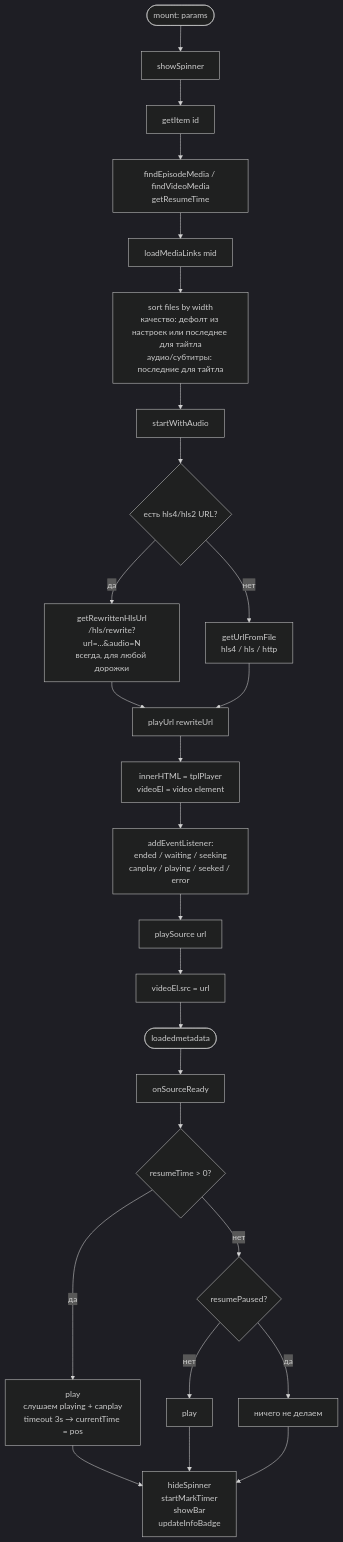
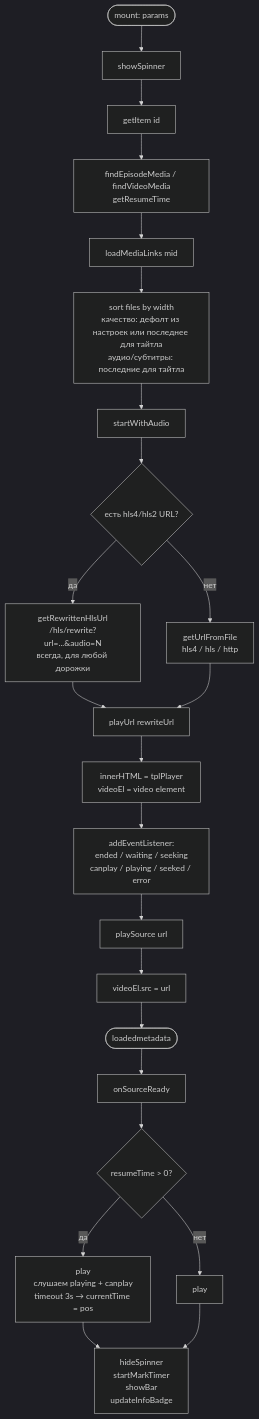
The first of 6 diagrams in doc/player-flow.md (stdray/yobapub), drawn with Mermaid (dark theme) before and after one commit.

Commit message:
docs: remove resumePaused branch from startup flow diagram

````diff
--- a/doc/player-flow.md
+++ b/doc/player-flow.md
@@ -5,34 +5,31 @@
 ```mermaid
 flowchart TD
     A([mount: params]) --> B[showSpinner]
     B --> C[getItem id]
     C --> D[findEpisodeMedia / findVideoMedia\ngetResumeTime]
     D --> E[loadMediaLinks mid]
     E --> F[sort files by width\nкачество: дефолт из настроек или последнее для тайтла\nаудио/субтитры: последние для тайтла]
     F --> G[startWithAudio]
 
     G --> H{есть hls4/hls2 URL?}
     H -- да --> I[getRewrittenHlsUrl\n/hls/rewrite?url=...&audio=N\nвсегда, для любой дорожки]
     H -- нет --> J[getUrlFromFile\nhls4 / hls / http]
     I --> K[playUrl rewriteUrl]
     J --> K
 
     K --> L[innerHTML = tplPlayer\nvideoEl = video element]
     L --> M[addEventListener:\nended / waiting / seeking\ncanplay / playing / seeked / error]
     M --> N[playSource url]
 
     N --> O[videoEl.src = url]
     O --> R([loadedmetadata])
 
     R --> S[onSourceReady]
 
     S --> T{resumeTime > 0?}
     T -- да --> U[play\nслушаем playing + canplay\ntimeout 3s → currentTime = pos]
-    T -- нет --> V{resumePaused?}
-    V -- нет --> W[play]
-    V -- да --> X[ничего не делаем]
+    T -- нет --> W[play]
 
     U --> Y[hideSpinner\nstartMarkTimer\nshowBar\nupdateInfoBadge]
     W --> Y
-    X --> Y
 ```
````
